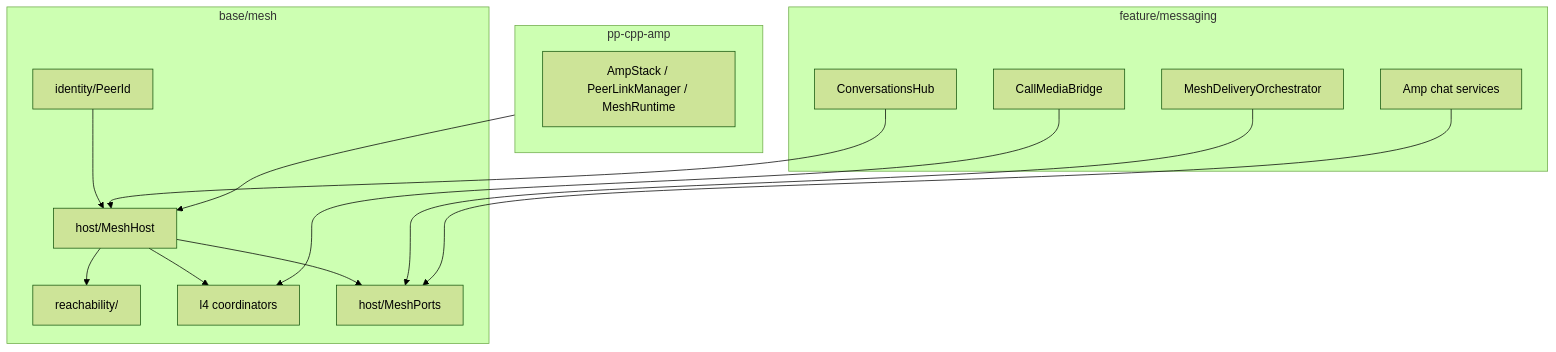
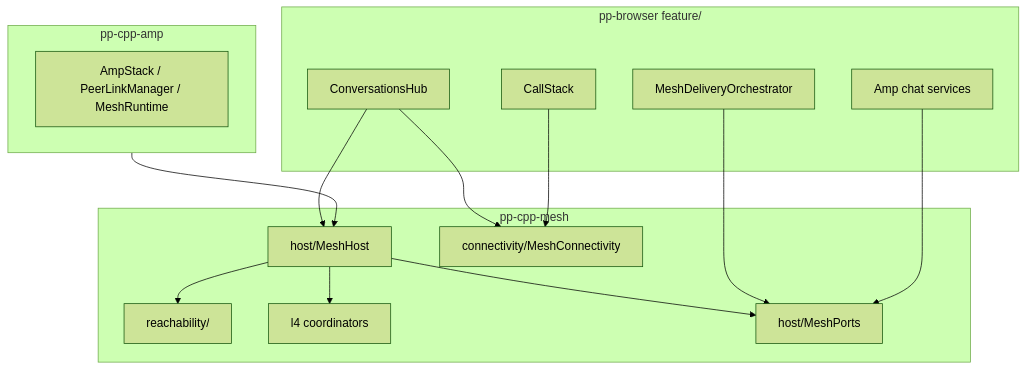
Before and after one commit to people-post/pp-browser: the diagram in docs/architecture/MESH.md, drawn with Mermaid (forest theme). The commit also changed other lines of this file and 17 other files, not shown here.

First line of the commit message:
docs: the mesh lives in pp-cpp-mesh

````diff
--- a/docs/architecture/MESH.md
+++ b/docs/architecture/MESH.md
@@ -10,31 +16,31 @@
 ```mermaid
 flowchart TB
   subgraph amp [pp-cpp-amp]
     Stack[AmpStack / PeerLinkManager / MeshRuntime]
   end
 
-  subgraph mesh [base/mesh]
+  subgraph mesh [pp-cpp-mesh]
     Host[host/MeshHost]
-    Identity[identity/PeerId]
     Reach[reachability/]
     L4[l4 coordinators]
     Ports[host/MeshPorts]
+    Conn[connectivity/MeshConnectivity]
   end
 
-  subgraph feature [feature/messaging]
+  subgraph feature [pp-browser feature/]
     Hub[ConversationsHub]
     MMS[MeshDeliveryOrchestrator]
     Chat[Amp chat services]
-    Bridge[CallMediaBridge]
+    Calls[CallStack]
   end
 
   amp --> Host
-  Identity --> Host
   Host --> L4
   Host --> Reach
   Host --> Ports
   Hub --> Host
+  Hub --> Conn
   MMS --> Ports
   Chat --> Ports
-  Bridge --> L4
+  Calls --> Conn
 ```
````
